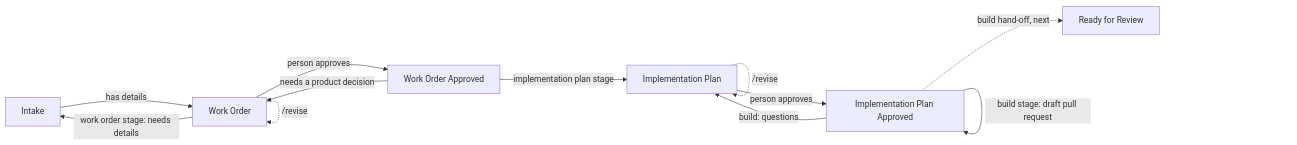
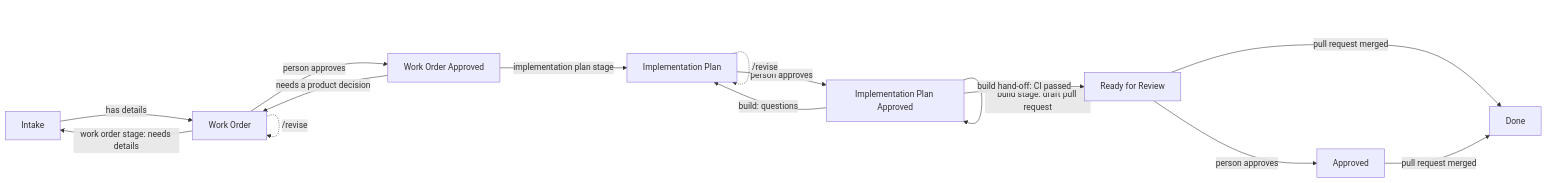
The diagram in .github/agent-hub/README.md (dkmyta/agent-hub), drawn with Mermaid before and after one commit. The commit also changed other lines of this file and 44 other files, not shown here.

````diff
--- a/.github/agent-hub/README.md
+++ b/.github/agent-hub/README.md
@@ -9,14 +10,17 @@
 ```mermaid
 flowchart LR
   I[Intake] -->|has details| WO[Work Order]
   WO -->|work order stage: needs details| I
   WO -->|person approves| WA[Work Order Approved]
   WA -->|implementation plan stage| IP[Implementation Plan]
   WA -->|needs a product decision| WO
   IP -->|person approves| PA[Implementation Plan Approved]
   WO -.->|/revise| WO
   IP -.->|/revise| IP
   PA -->|build stage: draft pull request| PA
   PA -->|build: questions| IP
-  PA -.->|build hand-off, next| R[Ready for Review]
+  PA -->|build hand-off: CI passed| R[Ready for Review]
+  R -->|person approves| A[Approved]
+  R -->|pull request merged| D[Done]
+  A -->|pull request merged| D
 ```
````
